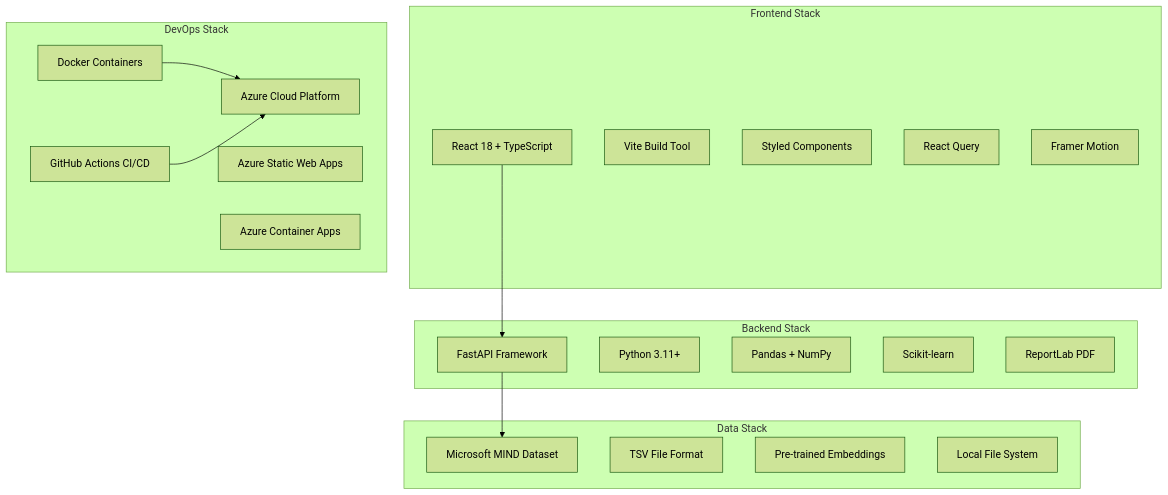
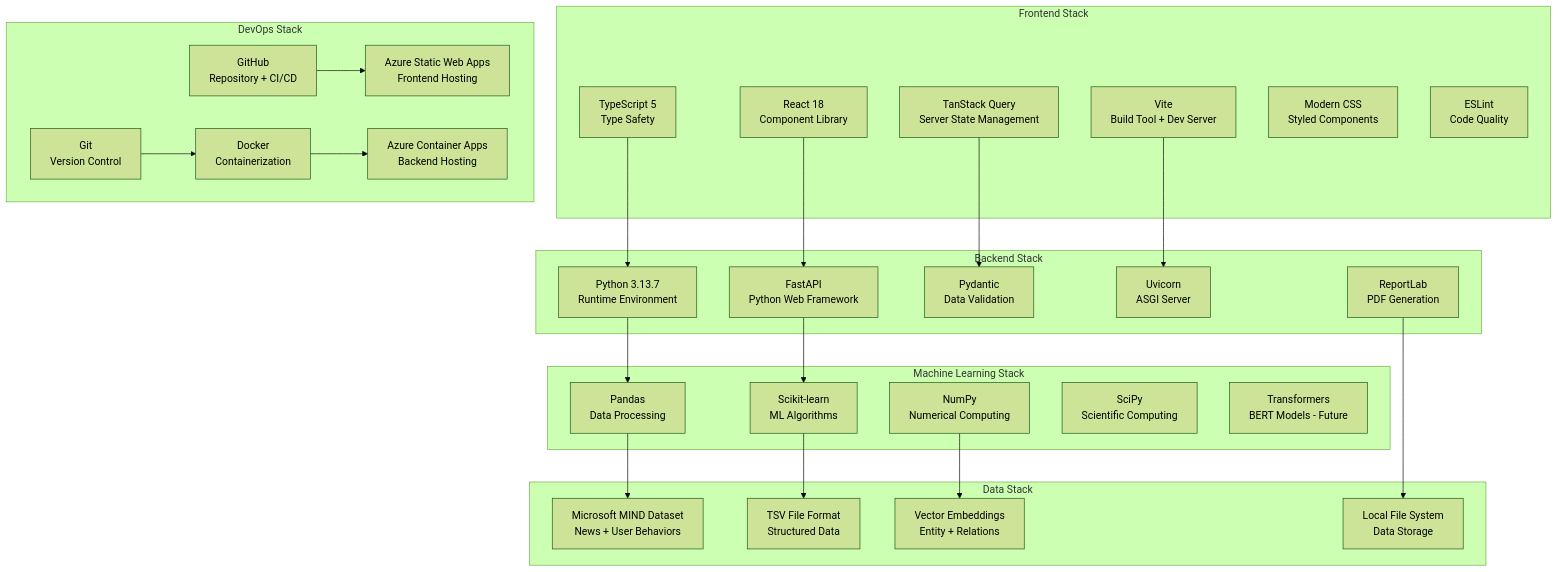
One commit to raiigauravv/Smart-News-Recommendation-System changed the first of 5 diagrams in SYSTEM_DIAGRAMS.md. Above: the diagram before and after it, drawn with Mermaid (forest theme). The commit also changed other lines of this file, not shown here.

First line of the commit message:
docs: Add comprehensive system diagrams with Mermaid visualizations

````diff
--- a/SYSTEM_DIAGRAMS.md
+++ b/SYSTEM_DIAGRAMS.md
@@ -125,38 +469,59 @@
 ```mermaid
 graph TB
     subgraph "Frontend Stack"
-        React[React 18 + TypeScript]
-        Vite[Vite Build Tool]
-        StyledComponents[Styled Components]
-        ReactQuery[React Query]
-        FramerMotion[Framer Motion]
+        React[React 18<br/>Component Library]
+        TypeScript[TypeScript 5<br/>Type Safety]
+        Vite[Vite<br/>Build Tool + Dev Server]
+        TanStackQuery[TanStack Query<br/>Server State Management]
+        CSS[Modern CSS<br/>Styled Components]
+        ESLint[ESLint<br/>Code Quality]
     end
     
     subgraph "Backend Stack"
-        FastAPI[FastAPI Framework]
-        Python[Python 3.11+]
-        Pandas[Pandas + NumPy]
-        Sklearn[Scikit-learn]
-        ReportLab[ReportLab PDF]
+        FastAPI[FastAPI<br/>Python Web Framework]
+        Python[Python 3.13.7<br/>Runtime Environment]
+        Pydantic[Pydantic<br/>Data Validation]
+        Uvicorn[Uvicorn<br/>ASGI Server]
+        ReportLab[ReportLab<br/>PDF Generation]
+    end
+    
+    subgraph "Machine Learning Stack"
+        ScikitLearn[Scikit-learn<br/>ML Algorithms]
+        Pandas[Pandas<br/>Data Processing]
+        NumPy[NumPy<br/>Numerical Computing]
+        SciPy[SciPy<br/>Scientific Computing]
+        Transformers[Transformers<br/>BERT Models - Future]
+    end
+    
+    subgraph "Data Stack"
+        MINDDataset[Microsoft MIND Dataset<br/>News + User Behaviors]
+        TSVFiles[TSV File Format<br/>Structured Data]
+        VectorEmbeddings[Vector Embeddings<br/>Entity + Relations]
+        FileSystem[Local File System<br/>Data Storage]
     end
     
     subgraph "DevOps Stack"
-        Docker[Docker Containers]
-        Azure[Azure Cloud Platform]
-        GitHub[GitHub Actions CI/CD]
-        StaticApps[Azure Static Web Apps]
-        ContainerApps[Azure Container Apps]
-    end
-    
-    subgraph "Data Stack"
-        MIND[Microsoft MIND Dataset]
-        TSV[TSV File Format]
-        Embeddings[Pre-trained Embeddings]
-        FileSystem[Local File System]
+        Git[Git<br/>Version Control]
+        GitHub[GitHub<br/>Repository + CI/CD]
+        Docker[Docker<br/>Containerization]
+        AzureStaticApps[Azure Static Web Apps<br/>Frontend Hosting]
+        AzureContainerApps[Azure Container Apps<br/>Backend Hosting]
     end
     
     React --> FastAPI
-    FastAPI --> MIND
-    Docker --> Azure
-    GitHub --> Azure
+    TypeScript --> Python
+    Vite --> Uvicorn
+    TanStackQuery --> Pydantic
+    
+    FastAPI --> ScikitLearn
+    Python --> Pandas
+    Pandas --> MINDDataset
+    
+    ScikitLearn --> TSVFiles
+    NumPy --> VectorEmbeddings
+    ReportLab --> FileSystem
+    
+    Git --> Docker
+    GitHub --> AzureStaticApps
+    Docker --> AzureContainerApps
 ```
````
